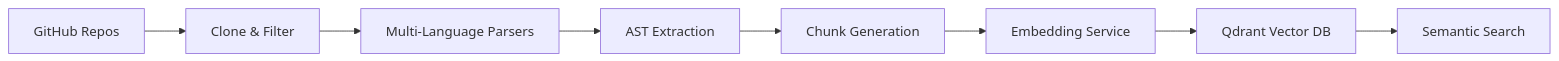
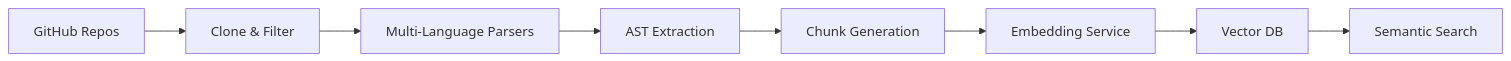
The diagram in README.md (oikonai/code-ingest), drawn with Mermaid before and after one commit. The commit also changed other lines of this file and 11 other files, not shown here.

````diff
--- a/README.md
+++ b/README.md
@@ -301,10 +287,10 @@
 ```mermaid
 flowchart LR
     A[GitHub Repos] --> B[Clone & Filter]
     B --> C[Multi-Language Parsers]
     C --> D[AST Extraction]
     D --> E[Chunk Generation]
     E --> F[Embedding Service]
-    F --> G[Qdrant Vector DB]
+    F --> G[Vector DB]
     G --> H[Semantic Search]
 ```
````
